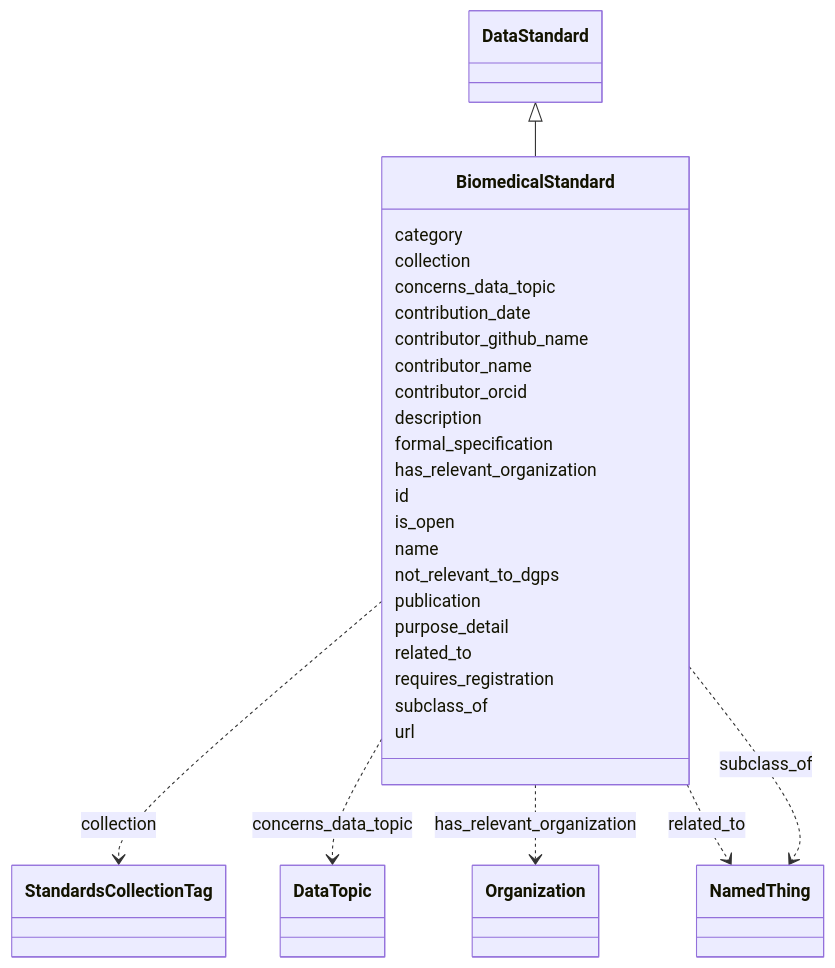
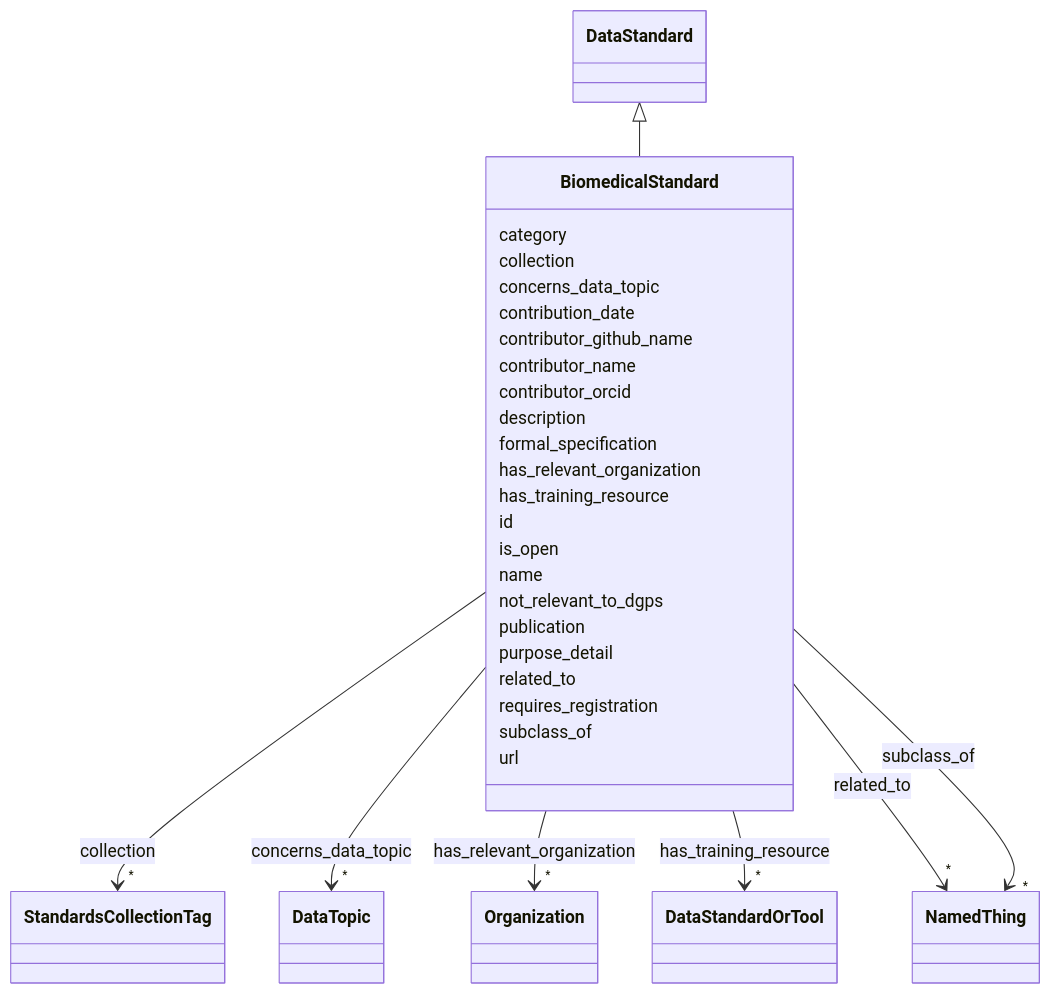
The diagram in docs/BiomedicalStandard.md (bridge2ai/standards-schemas), drawn with Mermaid before and after one commit. The commit also changed other lines of this file and 212 other files, not shown here.

````diff
--- a/docs/BiomedicalStandard.md
+++ b/docs/BiomedicalStandard.md
@@ -11,17 +19,29 @@
 ```mermaid
  classDiagram
     class BiomedicalStandard
+    click BiomedicalStandard href "../BiomedicalStandard"
       DataStandard <|-- BiomedicalStandard
+        click DataStandard href "../DataStandard"
       
       BiomedicalStandard : category
         
       BiomedicalStandard : collection
         
-          BiomedicalStandard ..> StandardsCollectionTag : collection
+          
+    
+    
+    BiomedicalStandard --> "*" StandardsCollectionTag : collection
+    click StandardsCollectionTag href "../StandardsCollectionTag"
+
         
       BiomedicalStandard : concerns_data_topic
         
-          BiomedicalStandard ..> DataTopic : concerns_data_topic
+          
+    
+    
+    BiomedicalStandard --> "*" DataTopic : concerns_data_topic
+    click DataTopic href "../DataTopic"
+
         
       BiomedicalStandard : contribution_date
         
@@ -37,7 +57,21 @@
         
       BiomedicalStandard : has_relevant_organization
         
-          BiomedicalStandard ..> Organization : has_relevant_organization
+          
+    
+    
+    BiomedicalStandard --> "*" Organization : has_relevant_organization
+    click Organization href "../Organization"
+
+        
+      BiomedicalStandard : has_training_resource
+        
+          
+    
+    
+    BiomedicalStandard --> "*" DataStandardOrTool : has_training_resource
+    click DataStandardOrTool href "../DataStandardOrTool"
+
         
       BiomedicalStandard : id
         
@@ -53,13 +87,23 @@
         
       BiomedicalStandard : related_to
         
-          BiomedicalStandard ..> NamedThing : related_to
+          
+    
+    
+    BiomedicalStandard --> "*" NamedThing : related_to
+    click NamedThing href "../NamedThing"
+
         
       BiomedicalStandard : requires_registration
         
       BiomedicalStandard : subclass_of
         
-          BiomedicalStandard ..> NamedThing : subclass_of
+          
+    
+    
+    BiomedicalStandard --> "*" NamedThing : subclass_of
+    click NamedThing href "../NamedThing"
+
         
       BiomedicalStandard : url
         
````
